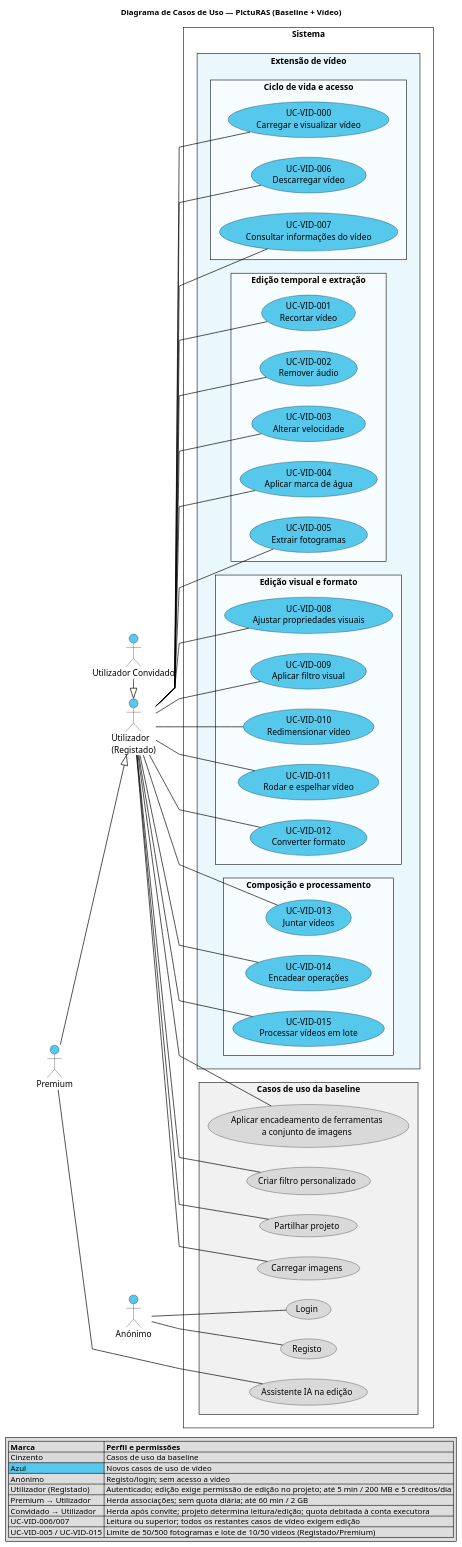
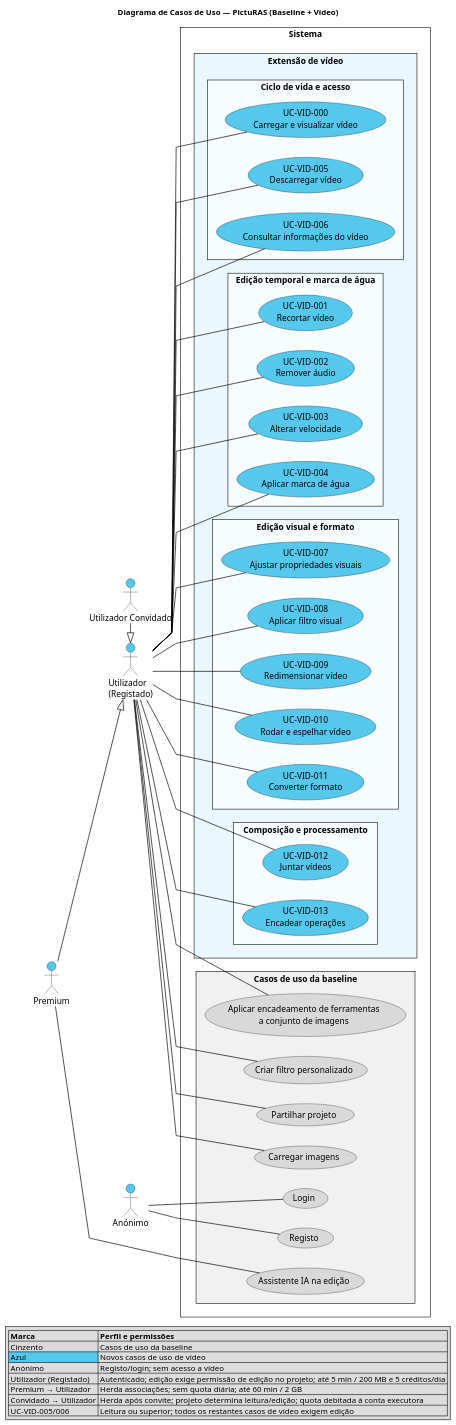
One commit to luis444coelho/picturas-27-extension changed the diagram in docs/diagrams/diagrama_casos_uso.puml. Above: the diagram before and after it, drawn with PlantUML. The commit also changed 134 other files, not shown here.

```diff
--- a/docs/diagrams/diagrama_casos_uso.puml
+++ b/docs/diagrams/diagrama_casos_uso.puml
@@ -1,123 +1,118 @@
 @startuml diagrama_casos_uso
 
 ' Notação, fronteira do sistema e paleta próximas da baseline.
 left to right direction
 skinparam monochrome false
 skinparam shadowing false
 skinparam linetype polyline
 skinparam packageStyle rectangle
 skinparam roundcorner 0
 skinparam defaultFontName Arial
 skinparam defaultFontSize 15
 skinparam actorStyle stickman
 skinparam ArrowColor black
 skinparam ArrowThickness 1.2
 skinparam usecaseBorderColor black
 skinparam usecaseFontColor black
 skinparam actorBackgroundColor #55C8EC
 skinparam actorBorderColor black
 skinparam actorFontColor black
 skinparam packageBorderColor #333333
 skinparam packageFontColor black
 skinparam rectangleBorderColor black
 skinparam rectangleFontColor black
 skinparam nodesep 35
 skinparam ranksep 35
 
 title Diagrama de Casos de Uso — PictuRAS (Baseline + Vídeo)
 
 ' Utilizador representa o perfil autenticado Registado.
 ' Premium e Convidado são especializações e herdam as associações do ator base.
 ' Anónimo permanece independente: não pode aceder às funcionalidades de vídeo.
 actor "Anónimo" as Anonimo
 actor "Utilizador Convidado" as Convidado
 actor "Utilizador\n(Registado)" as Utilizador
 actor "Premium" as Premium
 
 Convidado -right-|> Utilizador
 Premium -down-|> Utilizador
 
 rectangle "Sistema" {
   package "Casos de uso da baseline" as Baseline #F1F1F1 {
     usecase "Registo" as UC_Registo #D9D9D9
     usecase "Login" as UC_Login #D9D9D9
     usecase "Carregar imagens" as UC_CarregarImagens #D9D9D9
     usecase "Aplicar encadeamento de ferramentas\na conjunto de imagens" as UC_EncadeamentoImagens #D9D9D9
     usecase "Criar filtro personalizado" as UC_FiltroPersonalizado #D9D9D9
     usecase "Partilhar projeto" as UC_Partilhar #D9D9D9
     usecase "Assistente IA na edição" as UC_AssistenteIA #D9D9D9
   }
 
   package "Extensão de vídeo" as Video #EAF8FD {
     package "Ciclo de vida e acesso" as Ciclo #F7FCFE {
       usecase "UC-VID-000\nCarregar e visualizar vídeo" as UC_VID_000 #55C8EC
-      usecase "UC-VID-006\nDescarregar vídeo" as UC_VID_006 #55C8EC
-      usecase "UC-VID-007\nConsultar informações do vídeo" as UC_VID_007 #55C8EC
+      usecase "UC-VID-005\nDescarregar vídeo" as UC_VID_005 #55C8EC
+      usecase "UC-VID-006\nConsultar informações do vídeo" as UC_VID_006 #55C8EC
     }
 
-    package "Edição temporal e extração" as Temporal #F7FCFE {
+    package "Edição temporal e marca de água" as Temporal #F7FCFE {
       usecase "UC-VID-001\nRecortar vídeo" as UC_VID_001 #55C8EC
       usecase "UC-VID-002\nRemover áudio" as UC_VID_002 #55C8EC
       usecase "UC-VID-003\nAlterar velocidade" as UC_VID_003 #55C8EC
       usecase "UC-VID-004\nAplicar marca de água" as UC_VID_004 #55C8EC
-      usecase "UC-VID-005\nExtrair fotogramas" as UC_VID_005 #55C8EC
     }
 
     package "Edição visual e formato" as Visual #F7FCFE {
-      usecase "UC-VID-008\nAjustar propriedades visuais" as UC_VID_008 #55C8EC
-      usecase "UC-VID-009\nAplicar filtro visual" as UC_VID_009 #55C8EC
-      usecase "UC-VID-010\nRedimensionar vídeo" as UC_VID_010 #55C8EC
-      usecase "UC-VID-011\nRodar e espelhar vídeo" as UC_VID_011 #55C8EC
-      usecase "UC-VID-012\nConverter formato" as UC_VID_012 #55C8EC
+      usecase "UC-VID-007\nAjustar propriedades visuais" as UC_VID_007 #55C8EC
+      usecase "UC-VID-008\nAplicar filtro visual" as UC_VID_008 #55C8EC
+      usecase "UC-VID-009\nRedimensionar vídeo" as UC_VID_009 #55C8EC
+      usecase "UC-VID-010\nRodar e espelhar vídeo" as UC_VID_010 #55C8EC
+      usecase "UC-VID-011\nConverter formato" as UC_VID_011 #55C8EC
     }
 
     package "Composição e processamento" as Composicao #F7FCFE {
-      usecase "UC-VID-013\nJuntar vídeos" as UC_VID_013 #55C8EC
-      usecase "UC-VID-014\nEncadear operações" as UC_VID_014 #55C8EC
-      usecase "UC-VID-015\nProcessar vídeos em lote" as UC_VID_015 #55C8EC
+      usecase "UC-VID-012\nJuntar vídeos" as UC_VID_012 #55C8EC
+      usecase "UC-VID-013\nEncadear operações" as UC_VID_013 #55C8EC
     }
   }
 }
 
 ' Acesso anónimo apenas a registo e autenticação.
 Anonimo -- UC_Registo
 Anonimo -- UC_Login
 
 ' Associações da baseline.
 Utilizador -- UC_CarregarImagens
 Utilizador -- UC_EncadeamentoImagens
 Utilizador -- UC_FiltroPersonalizado
 Utilizador -- UC_Partilhar
 Premium -- UC_AssistenteIA
 
 ' Associações de vídeo no ator base: os perfis especializados herdam-nas.
 Utilizador -- UC_VID_000
 Utilizador -- UC_VID_001
 Utilizador -- UC_VID_002
 Utilizador -- UC_VID_003
 Utilizador -- UC_VID_004
 Utilizador -- UC_VID_005
 Utilizador -- UC_VID_006
 Utilizador -- UC_VID_007
 Utilizador -- UC_VID_008
 Utilizador -- UC_VID_009
 Utilizador -- UC_VID_010
 Utilizador -- UC_VID_011
 Utilizador -- UC_VID_012
 Utilizador -- UC_VID_013
-Utilizador -- UC_VID_014
-Utilizador -- UC_VID_015
 
 legend bottom
   |= Marca |= Perfil e permissões |
   |<#D9D9D9> Cinzento | Casos de uso da baseline |
   |<#55C8EC> Azul | Novos casos de uso de vídeo |
   | Anónimo | Registo/login; sem acesso a vídeo |
   | Utilizador (Registado) | Autenticado; edição exige permissão de edição no projeto; até 5 min / 200 MB e 5 créditos/dia |
   | Premium → Utilizador | Herda associações; sem quota diária; até 60 min / 2 GB |
   | Convidado → Utilizador | Herda após convite; projeto determina leitura/edição; quota debitada à conta executora |
-  | UC-VID-006/007 | Leitura ou superior; todos os restantes casos de vídeo exigem edição |
-  | UC-VID-005 / UC-VID-015 | Limite de 50/500 fotogramas e lote de 10/50 vídeos (Registado/Premium) |
+  | UC-VID-005/006 | Leitura ou superior; todos os restantes casos de vídeo exigem edição |
 endlegend
 
 @enduml
```
